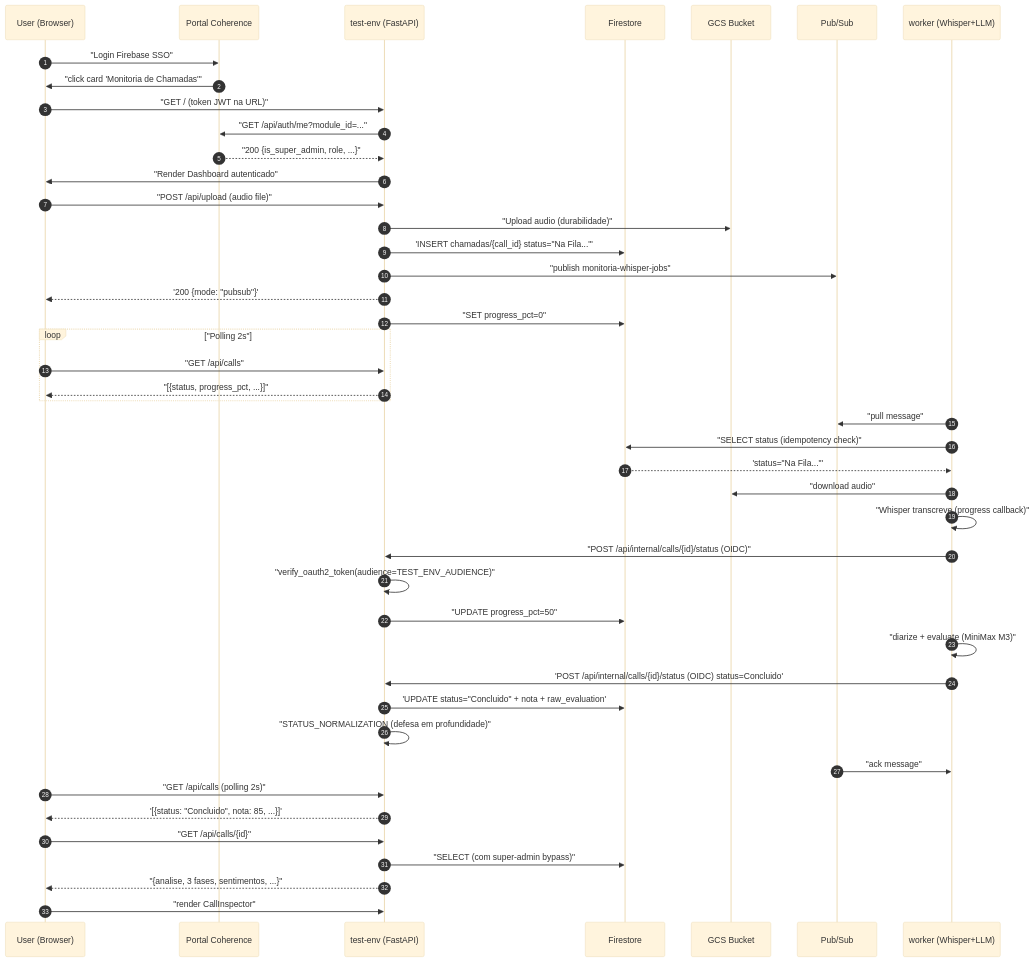
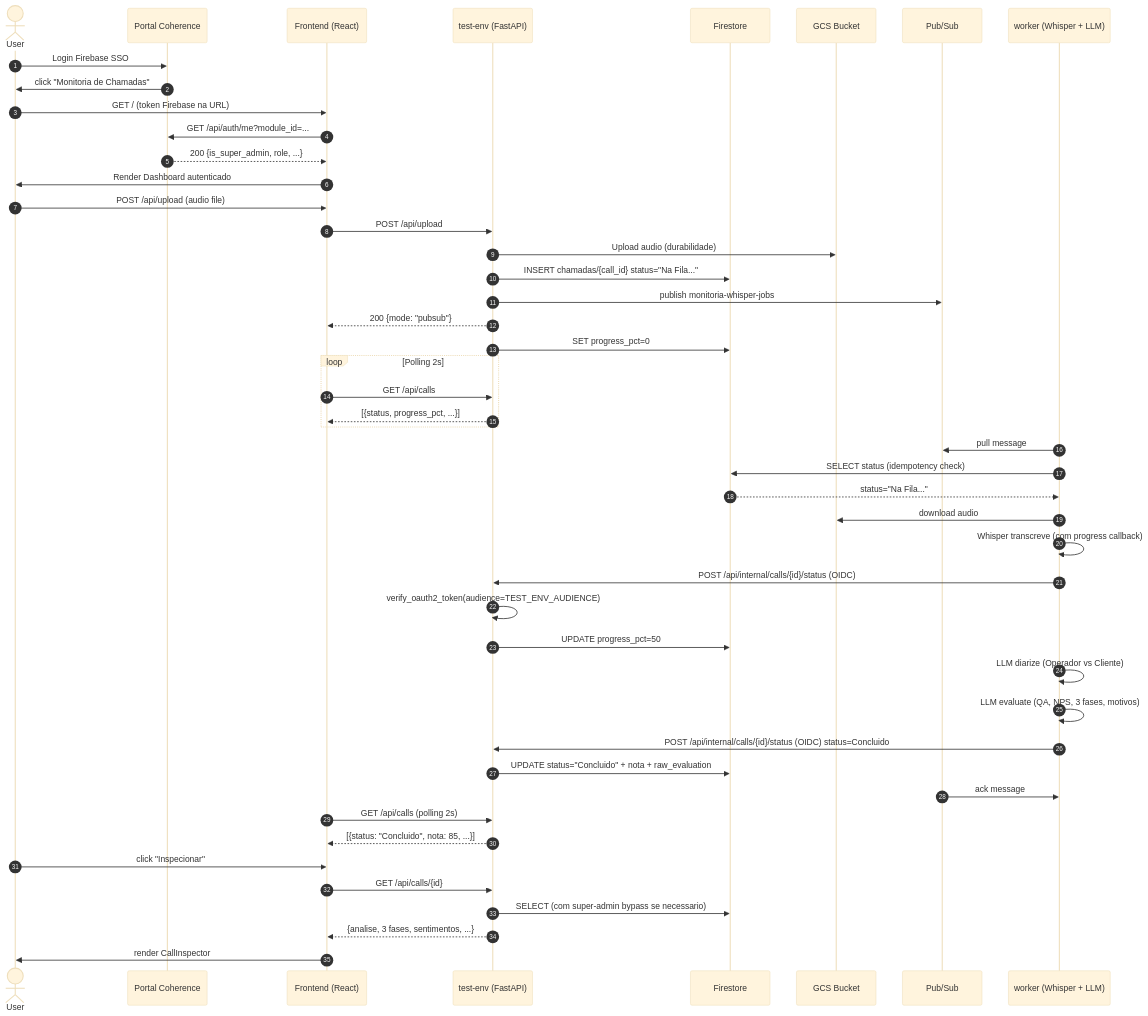
Before and after one commit to viniciusbritor/Monitoria_Chamadas: the diagram in docs/ARQUITETURA.md, drawn with Mermaid (base theme). The commit also changed other lines of this file and 11 other files, not shown here.

````diff
--- a/docs/ARQUITETURA.md
+++ b/docs/ARQUITETURA.md
@@ -62,51 +17,54 @@
 ```mermaid
 sequenceDiagram
     autonumber
-    participant U as User (Browser)
-    participant P as Portal Coherence
-    participant T as test-env (FastAPI)
+    actor User
+    participant Portal as Portal Coherence
+    participant FE as Frontend (React)
+    participant API as test-env (FastAPI)
     participant FS as Firestore
     participant GCS as GCS Bucket
     participant PS as Pub/Sub
-    participant W as worker (Whisper+LLM)
+    participant W as worker (Whisper + LLM)
 
-    U->>P: "Login Firebase SSO"
-    P->>U: "click card 'Monitoria de Chamadas'"
-    U->>T: "GET / (token JWT na URL)"
-    T->>P: "GET /api/auth/me?module_id=..."
-    P-->>T: "200 {is_super_admin, role, ...}"
-    T->>U: "Render Dashboard autenticado"
+    User->>Portal: Login Firebase SSO
+    Portal->>User: click "Monitoria de Chamadas"
+    User->>FE: GET / (token Firebase na URL)
+    FE->>Portal: GET /api/auth/me?module_id=...
+    Portal-->>FE: 200 {is_super_admin, role, ...}
+    FE->>User: Render Dashboard autenticado
 
-    U->>T: "POST /api/upload (audio file)"
-    T->>GCS: "Upload audio (durabilidade)"
-    T->>FS: 'INSERT chamadas/{call_id} status="Na Fila..."'
-    T->>PS: "publish monitoria-whisper-jobs"
-    T-->>U: '200 {mode: "pubsub"}'
-    T->>FS: "SET progress_pct=0"
+    User->>FE: POST /api/upload (audio file)
+    FE->>API: POST /api/upload
+    API->>GCS: Upload audio (durabilidade)
+    API->>FS: INSERT chamadas/{call_id} status="Na Fila..."
+    API->>PS: publish monitoria-whisper-jobs
+    API-->>FE: 200 {mode: "pubsub"}
+    API->>FS: SET progress_pct=0
 
-    loop "Polling 2s"
-        U->>T: "GET /api/calls"
-        T-->>U: "[{status, progress_pct, ...}]"
+    loop Polling 2s
+        FE->>API: GET /api/calls
+        API-->>FE: [{status, progress_pct, ...}]
     end
 
-    W->>PS: "pull message"
-    W->>FS: "SELECT status (idempotency check)"
-    FS-->>W: 'status="Na Fila..."'
-    W->>GCS: "download audio"
-    W->>W: "Whisper transcreve (progress callback)"
-    W->>T: "POST /api/internal/calls/{id}/status (OIDC)"
-    T->>T: "verify_oauth2_token(audience=TEST_ENV_AUDIENCE)"
-    T->>FS: "UPDATE progress_pct=50"
-    W->>W: "diarize + evaluate (MiniMax M3)"
-    W->>T: 'POST /api/internal/calls/{id}/status (OIDC) status=Concluido'
-    T->>FS: 'UPDATE status="Concluido" + nota + raw_evaluation'
-    T->>T: "STATUS_NORMALIZATION (defesa em profundidade)"
-    PS->>W: "ack message"
+    W->>PS: pull message
+    W->>FS: SELECT status (idempotency check)
+    FS-->>W: status="Na Fila..."
+    W->>GCS: download audio
+    W->>W: Whisper transcreve (com progress callback)
+    W->>API: POST /api/internal/calls/{id}/status (OIDC)
+    API->>API: verify_oauth2_token(audience=TEST_ENV_AUDIENCE)
+    API->>FS: UPDATE progress_pct=50
+    W->>W: LLM diarize (Operador vs Cliente)
+    W->>W: LLM evaluate (QA, NPS, 3 fases, motivos)
+    W->>API: POST /api/internal/calls/{id}/status (OIDC) status=Concluido
+    API->>FS: UPDATE status="Concluido" + nota + raw_evaluation
+    PS->>W: ack message
 
-    U->>T: "GET /api/calls (polling 2s)"
-    T-->>U: '[{status: "Concluido", nota: 85, ...}]'
-    U->>T: "GET /api/calls/{id}"
-    T->>FS: "SELECT (com super-admin bypass)"
-    T-->>U: "{analise, 3 fases, sentimentos, ...}"
-    U->>T: "render CallInspector"
+    FE->>API: GET /api/calls (polling 2s)
+    API-->>FE: [{status: "Concluido", nota: 85, ...}]
+    User->>FE: click "Inspecionar"
+    FE->>API: GET /api/calls/{id}
+    API->>FS: SELECT (com super-admin bypass se necessario)
+    API-->>FE: {analise, 3 fases, sentimentos, ...}
+    FE->>User: render CallInspector
 ```
````
